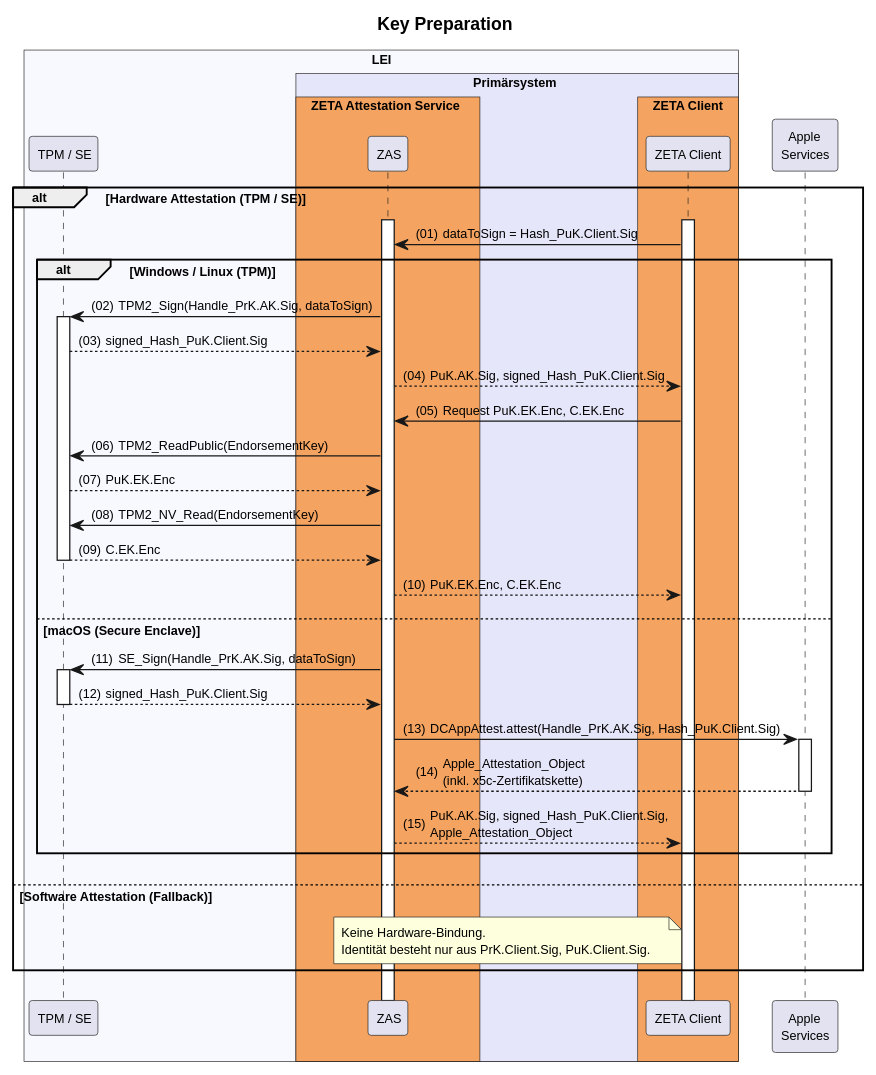
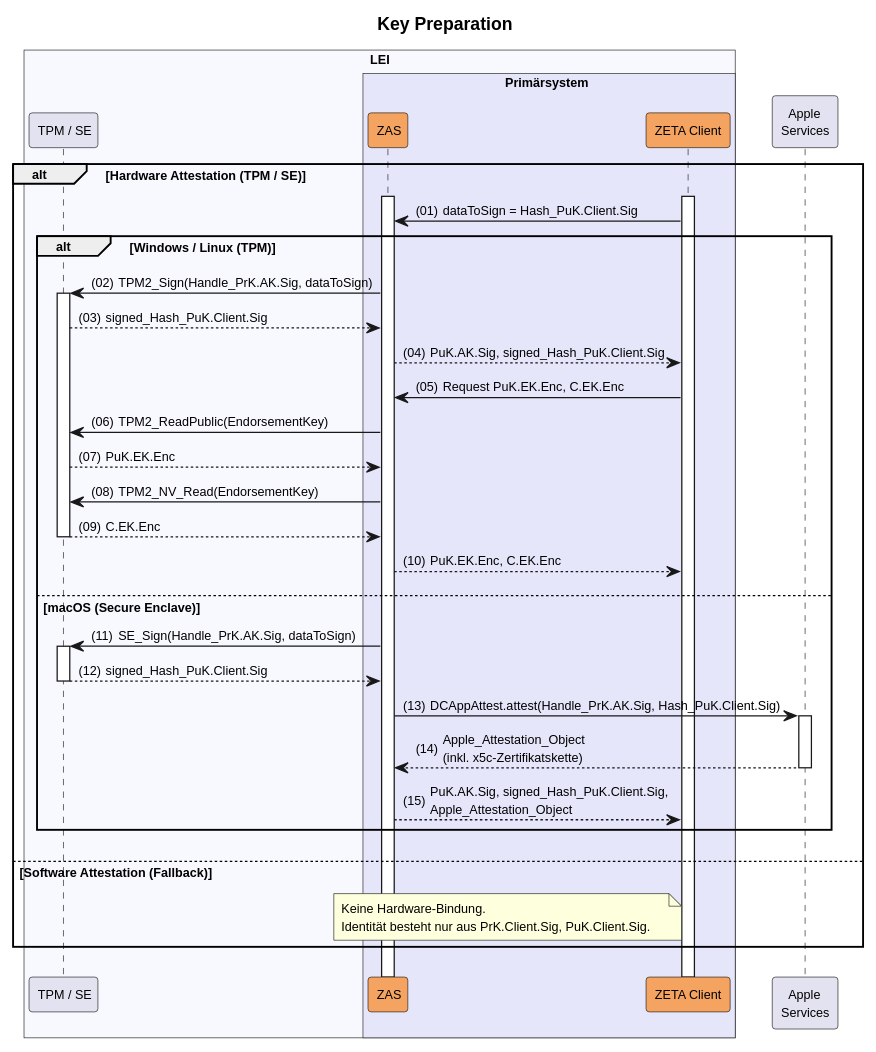
One commit to gematik/zeta changed the diagram in src/plantuml/tmp/attestation-flows/key-preparation.puml. Above: the diagram before and after it, drawn with PlantUML. The commit also changed 6 other files, not shown here.

Commit message:
refactor: simplify PlantUML participant styling by removing redundant nested boxes

```diff
--- a/src/plantuml/tmp/attestation-flows/key-preparation.puml
+++ b/src/plantuml/tmp/attestation-flows/key-preparation.puml
@@ -1,54 +1,50 @@
 @startuml "key-preparation"
 autonumber "(00)"
 skinparam defaultFontSize 10
 skinparam defaultFontName Helvetica
 skinparam DefaultMonospacedFontName Courier
 skinparam lengthAdjust none
 skinparam sequenceReferenceBackgroundColor White
 skinparam SequenceReferenceFontSize 12
 skinparam sequenceMessageAlign left
 
 title Key Preparation
 
 !pragma teoz true
 
 box "LEI" #GhostWhite
   participant "TPM / SE" as TPM
   box "Primärsystem" #Lavender
-    box "ZETA Attestation Service" #SandyBrown
-      participant ZAS as "ZAS"
-    end box
-    box "ZETA Client" #SandyBrown
-        participant Client as "ZETA Client"
-    end box    
+      participant ZAS as "ZAS" #SandyBrown
+      participant Client as "ZETA Client" #SandyBrown
   end box
 end box
 
 participant "Apple\nServices" as Apple
 
 alt Hardware Attestation (TPM / SE)
     Client++
     ZAS++
     Client -> ZAS: dataToSign = Hash_PuK.Client.Sig
     alt Windows / Linux (TPM)
         ZAS -> TPM++: TPM2_Sign(Handle_PrK.AK.Sig, dataToSign)
         TPM --> ZAS: signed_Hash_PuK.Client.Sig
         ZAS --> Client: PuK.AK.Sig, signed_Hash_PuK.Client.Sig
         Client -> ZAS: Request PuK.EK.Enc, C.EK.Enc
         ZAS -> TPM: TPM2_ReadPublic(EndorsementKey)
         TPM --> ZAS: PuK.EK.Enc
         ZAS -> TPM: TPM2_NV_Read(EndorsementKey)
         TPM --> ZAS--: C.EK.Enc
         ZAS --> Client: PuK.EK.Enc, C.EK.Enc
     else macOS (Secure Enclave)
         ZAS -> TPM++: SE_Sign(Handle_PrK.AK.Sig, dataToSign)
         TPM --> ZAS--: signed_Hash_PuK.Client.Sig
         ZAS -> Apple++: DCAppAttest.attest(Handle_PrK.AK.Sig, Hash_PuK.Client.Sig)
         Apple --> ZAS--: Apple_Attestation_Object\n(inkl. x5c-Zertifikatskette)
         ZAS --> Client: PuK.AK.Sig, signed_Hash_PuK.Client.Sig,\nApple_Attestation_Object
     end
 else Software Attestation (Fallback)
     note left of Client: Keine Hardware-Bindung.\nIdentität besteht nur aus PrK.Client.Sig, PuK.Client.Sig.
 end
 
 @enduml
```
